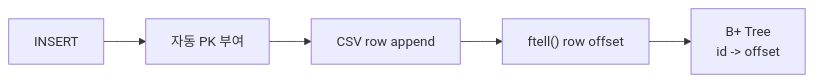
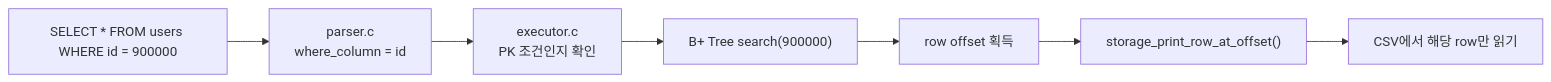
Before and after one commit to Jungle-12-303/week7-02-sql-index: diagram 11 of 18 in README.md, drawn with Mermaid. The commit also changed other lines of this file and 1 other file, not shown here.

````diff
--- a/README.md
+++ b/README.md
@@ -142,7 +202,9 @@
 ```mermaid
 flowchart LR
-    A["INSERT"] --> B["자동 PK 부여"]
-    B --> C["CSV row append"]
-    C --> D["ftell() row offset"]
-    D --> E["B+ Tree<br/>id -> offset"]
+    A["SELECT * FROM users WHERE id = 900000"] --> B["parser.c<br/>where_column = id"]
+    B --> C["executor.c<br/>PK 조건인지 확인"]
+    C --> D["B+ Tree search(900000)"]
+    D --> E["row offset 획득"]
+    E --> F["storage_print_row_at_offset()"]
+    F --> G["CSV에서 해당 row만 읽기"]
 ```
````
